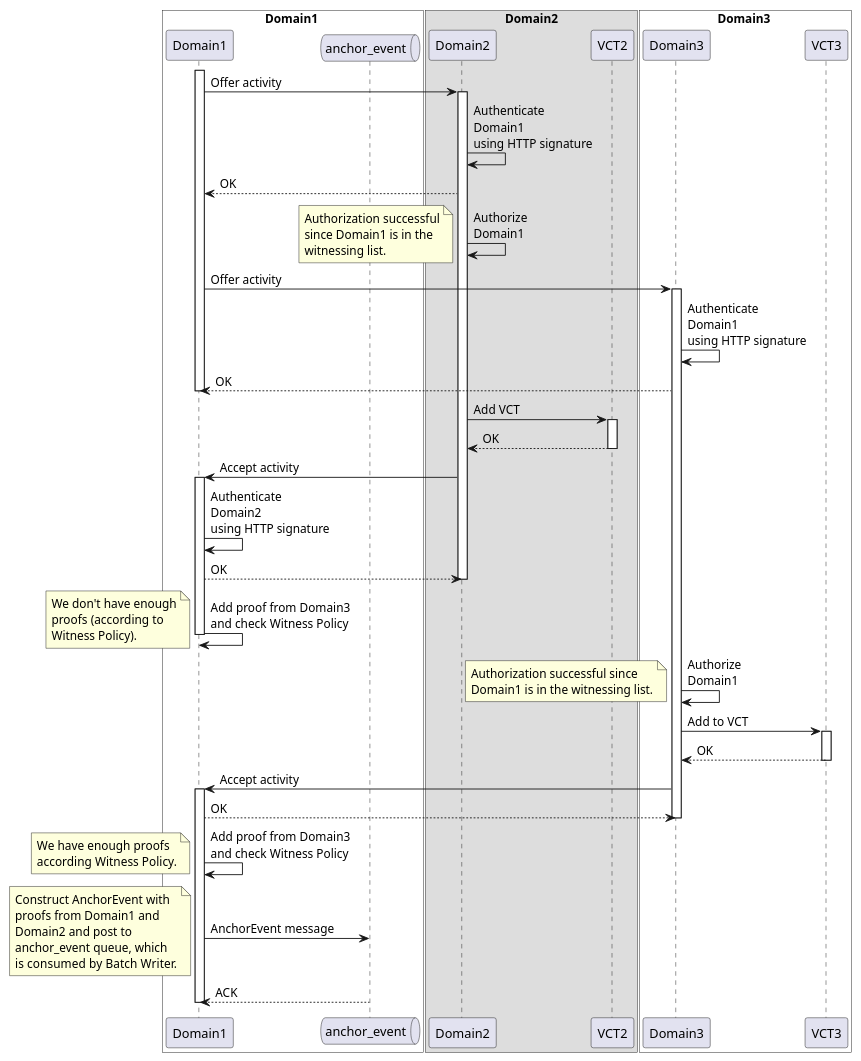
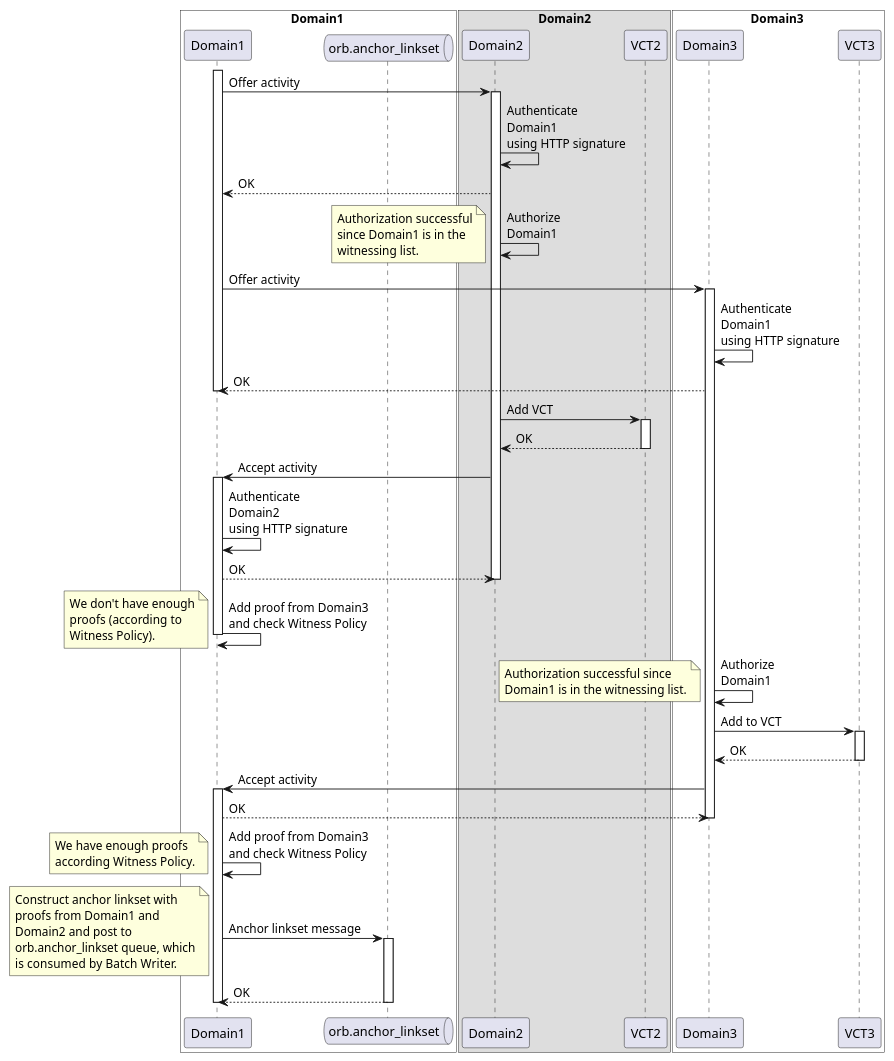
One commit to trustbloc/docs changed the diagram in readthedocs/source/orb/diagrams/ap-offer-accept.puml. Above: the diagram before and after it, drawn with PlantUML. The commit also changed 24 other files, not shown here.

```diff
--- a/readthedocs/source/orb/diagrams/ap-offer-accept.puml
+++ b/readthedocs/source/orb/diagrams/ap-offer-accept.puml
@@ -1,106 +1,111 @@
 @startuml
 'https://plantuml.com/sequence-diagram
 
 box Domain1 #White
 participant Domain1
-queue anchor_event
+queue "orb.anchor_linkset" as anchorLinksetQueue
 end box
 
 box Domain2
 participant Domain2
 participant VCT2
 end box
 
 box Domain3 #White
 participant Domain3
 participant VCT3
 end box
 
 activate Domain1
 Domain1 -> Domain2: Offer activity
 
 activate Domain2
 
 Domain2 -> Domain2: Authenticate\nDomain1\nusing HTTP signature
 Domain2 --> Domain1: OK
 Domain2 -> Domain2: Authorize\nDomain1
 
 note left
 Authorization successful
 since Domain1 is in the
 witnessing list.
 end note
 
 Domain1 -> Domain3: Offer activity
 
 activate Domain3
 
 Domain3 -> Domain3: Authenticate\nDomain1\nusing HTTP signature
 
 Domain3 --> Domain1: OK
 
 deactivate Domain1
 
 Domain2 -> VCT2: Add VCT
 activate VCT2
 VCT2 --> Domain2: OK
 deactivate VCT2
 Domain2 -> Domain1: Accept activity
 
 activate Domain1
 Domain1 -> Domain1: Authenticate\nDomain2\nusing HTTP signature
 
 Domain1 --> Domain2: OK
 
 deactivate Domain2
 
 
 Domain1 -> Domain1: Add proof from Domain3\nand check Witness Policy
 note left
 We don't have enough
 proofs (according to
 Witness Policy).
 end note
 
 deactivate Domain1
 
 Domain3 -> Domain3: Authorize\nDomain1
 
 note left
 Authorization successful since
 Domain1 is in the witnessing list.
 end note
 
 Domain3 -> VCT3: Add to VCT
 activate VCT3
 VCT3 --> Domain3: OK
 deactivate VCT3
 Domain3 -> Domain1: Accept activity
 
 activate Domain1
 
 Domain1 --> Domain3: OK
 
 deactivate Domain3
 
 Domain1 -> Domain1: Add proof from Domain3\nand check Witness Policy
 
 note left
 We have enough proofs
 according Witness Policy.
 end note
 
-Domain1 -> anchor_event: AnchorEvent message
+Domain1 -> anchorLinksetQueue: Anchor linkset message
+
+activate anchorLinksetQueue
+
 note left
-Construct AnchorEvent with
+Construct anchor linkset with
 proofs from Domain1 and
 Domain2 and post to
-anchor_event queue, which
+orb.anchor_linkset queue, which
 is consumed by Batch Writer.
 end note
 
-anchor_event --> Domain1: ACK
+anchorLinksetQueue --> Domain1: OK
+
+deactivate anchorLinksetQueue
 
 deactivate Domain1
 
 @enduml
```
